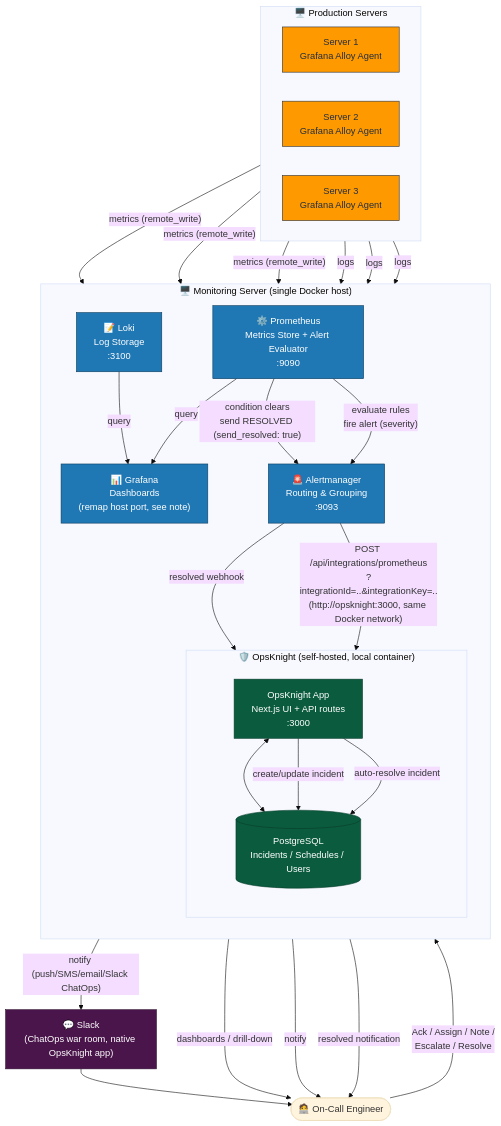
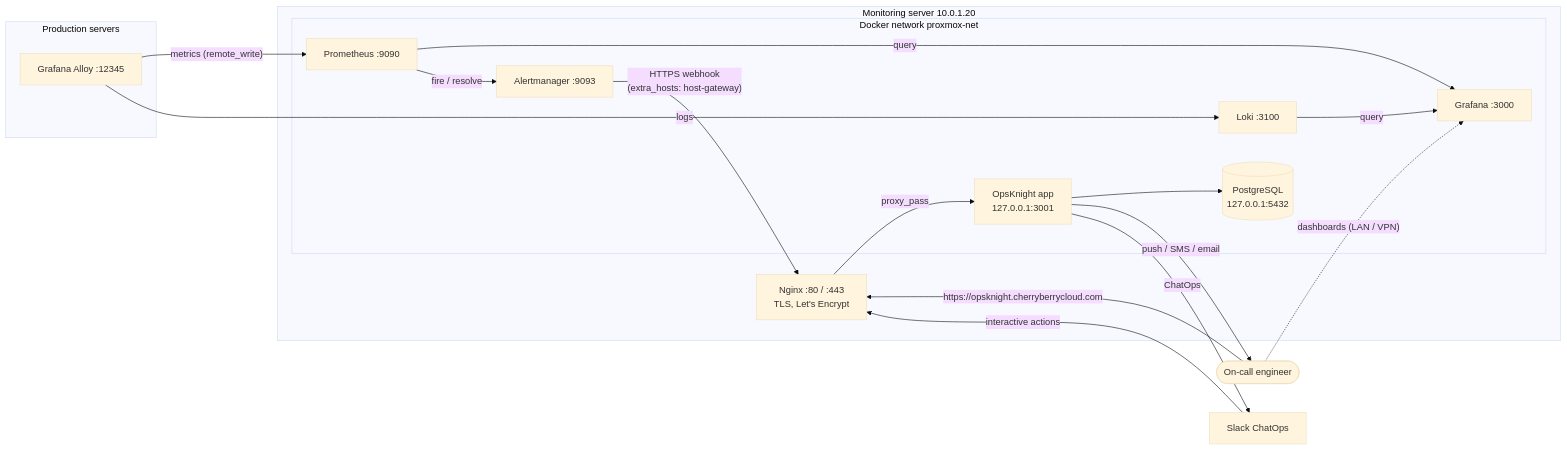
The diagram in README.md (Ahmadraza9091/proxmox-observability-stack), drawn with Mermaid (base theme) before and after one commit. The commit also changed other lines of this file, not shown here.

````diff
--- a/README.md
+++ b/README.md
@@ -113,64 +56,35 @@
 ```mermaid
-flowchart TB
-    subgraph SRVFARM["🖥️ Production Servers"]
-        direction LR
-        S1["Server 1<br/>Grafana Alloy Agent"]
-        S2["Server 2<br/>Grafana Alloy Agent"]
-        S3["Server 3<br/>Grafana Alloy Agent"]
+flowchart LR
+    subgraph SRV["Production servers"]
+        A["Grafana Alloy :12345"]
     end
 
-    subgraph MON["🖥️ Monitoring Server (single Docker host)"]
-        direction TB
-        PROM["⚙️ Prometheus<br/>Metrics Store + Alert Evaluator<br/>:9090"]
-        LOKI["📝 Loki<br/>Log Storage<br/>:3100"]
-        GRAF["📊 Grafana<br/>Dashboards<br/>(remap host port, see note)"]
-        AM["🚨 Alertmanager<br/>Routing & Grouping<br/>:9093"]
-
-        subgraph OPSK["🛡️ OpsKnight (self-hosted, local container)"]
-            direction TB
-            APP["OpsKnight App<br/>Next.js UI + API routes<br/>:3000"]
-            PG[("PostgreSQL<br/>Incidents / Schedules / Users")]
-            APP <--> PG
+    subgraph HOST["Monitoring server 10.0.1.20"]
+        NGX["Nginx :80 / :443<br/>TLS, Let's Encrypt"]
+        subgraph DOCKER["Docker network proxmox-net"]
+            PROM["Prometheus :9090"]
+            LOKI["Loki :3100"]
+            GRAF["Grafana :3000"]
+            AM["Alertmanager :9093"]
+            APP["OpsKnight app<br/>127.0.0.1:3001"]
+            PG[("PostgreSQL<br/>127.0.0.1:5432")]
         end
     end
 
-    ENG(["🧑‍💻 On-Call Engineer"])
-    SLACK["💬 Slack<br/>(ChatOps war room, native OpsKnight app)"]
+    ENG(["On-call engineer"])
+    SLACK["Slack ChatOps"]
 
-    %% Metrics/logs flow
-    S1 -- "metrics (remote_write)" --> PROM
-    S2 -- "metrics (remote_write)" --> PROM
-    S3 -- "metrics (remote_write)" --> PROM
-    S1 -- "logs" --> LOKI
-    S2 -- "logs" --> LOKI
-    S3 -- "logs" --> LOKI
-
-    %% Grafana reads
-    PROM -- "query" --> GRAF
-    LOKI -- "query" --> GRAF
-    GRAF -- "dashboards / drill-down" --> ENG
-
-    %% Alert flow
-    PROM -- "evaluate rules<br/>fire alert (severity)" --> AM
-    AM -- "POST /api/integrations/prometheus<br/>?integrationId=..&integrationKey=..<br/>(http://opsknight:3000, same Docker network)" --> APP
-    APP -- "create/update incident" --> PG
-    APP -- "notify (push/SMS/email/Slack ChatOps)" --> SLACK
-    APP -- "notify" --> ENG
-    SLACK --> ENG
-    ENG -- "Ack / Assign / Note /<br/>Escalate / Resolve" --> APP
-
-    %% Resolution flow
-    PROM -- "condition clears<br/>send RESOLVED (send_resolved: true)" --> AM
-    AM -- "resolved webhook" --> APP
-    APP -- "auto-resolve incident" --> PG
-    APP -- "resolved notification" --> ENG
-
-    classDef srv fill:#FF9900,stroke:#232F3E,color:#232F3E
-    classDef mon fill:#1f77b4,stroke:#0d3a5c,color:#fff
-    classDef opsk fill:#0B5C3F,stroke:#083c29,color:#fff
-    classDef slack fill:#4A154B,stroke:#2c0e2d,color:#fff
-    class S1,S2,S3 srv
-    class PROM,LOKI,GRAF,AM mon
-    class APP,PG opsk
-    class SLACK slack
+    A -- "metrics (remote_write)" --> PROM
+    A -- logs --> LOKI
+    PROM -- query --> GRAF
+    LOKI -- query --> GRAF
+    PROM -- "fire / resolve" --> AM
+    AM -- "HTTPS webhook<br/>(extra_hosts: host-gateway)" --> NGX
+    NGX -- proxy_pass --> APP
+    APP --> PG
+    APP -- "push / SMS / email" --> ENG
+    APP -- ChatOps --> SLACK
+    ENG -- "https://opsknight.cherryberrycloud.com" --> NGX
+    SLACK -- "interactive actions" --> NGX
+    ENG -. "dashboards (LAN / VPN)" .-> GRAF
 ```
````
